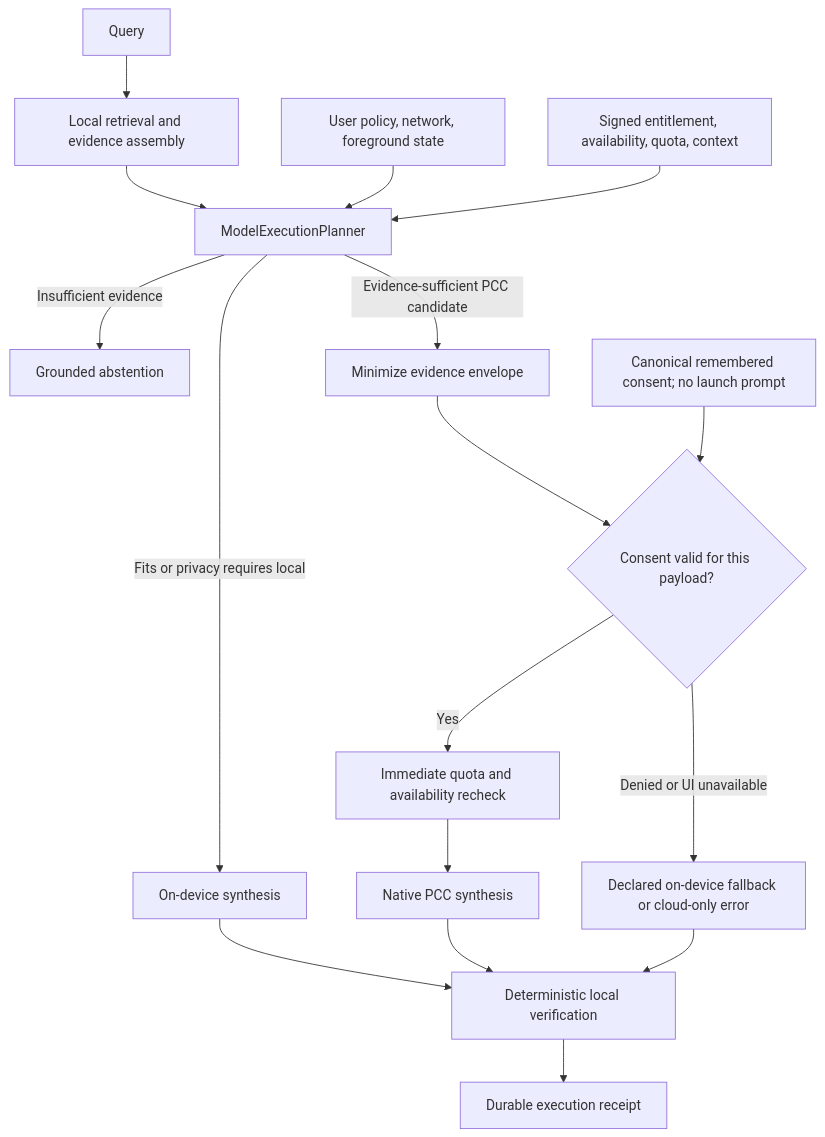
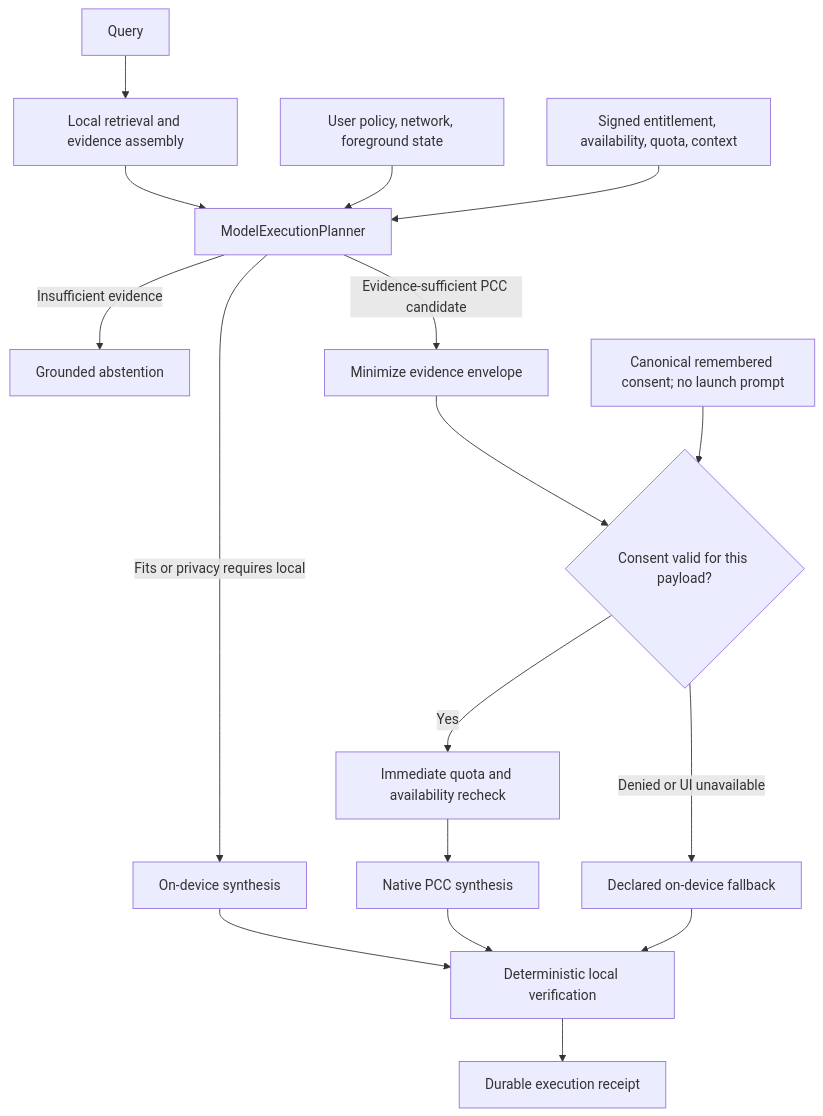
The diagram in Docs/PRIVACY_AND_ROUTING.md (Gunnarguy/OpenIntelligence), drawn with Mermaid before and after one commit. The commit also changed other lines of this file and 19 other files, not shown here.

````diff
--- a/Docs/PRIVACY_AND_ROUTING.md
+++ b/Docs/PRIVACY_AND_ROUTING.md
@@ -17,19 +17,19 @@
 ```mermaid
 flowchart TD
   Q[Query] --> R[Local retrieval and evidence assembly]
   R --> P[ModelExecutionPlanner]
   C[User policy, network, foreground state] --> P
   S[Signed entitlement, availability, quota, context] --> P
   P -->|Insufficient evidence| A[Grounded abstention]
   P -->|Fits or privacy requires local| L[On-device synthesis]
   P -->|Evidence-sufficient PCC candidate| M[Minimize evidence envelope]
   M --> G{Consent valid for this payload?}
   K[Canonical remembered consent; no launch prompt] --> G
   G -->|Yes| X[Immediate quota and availability recheck]
   X --> PCC[Native PCC synthesis]
-  G -->|Denied or UI unavailable| F[Declared on-device fallback or cloud-only error]
+  G -->|Denied or UI unavailable| F[Declared on-device fallback]
   L --> V[Deterministic local verification]
   PCC --> V
   F --> V
   V --> T[Durable execution receipt]
 ```
````
